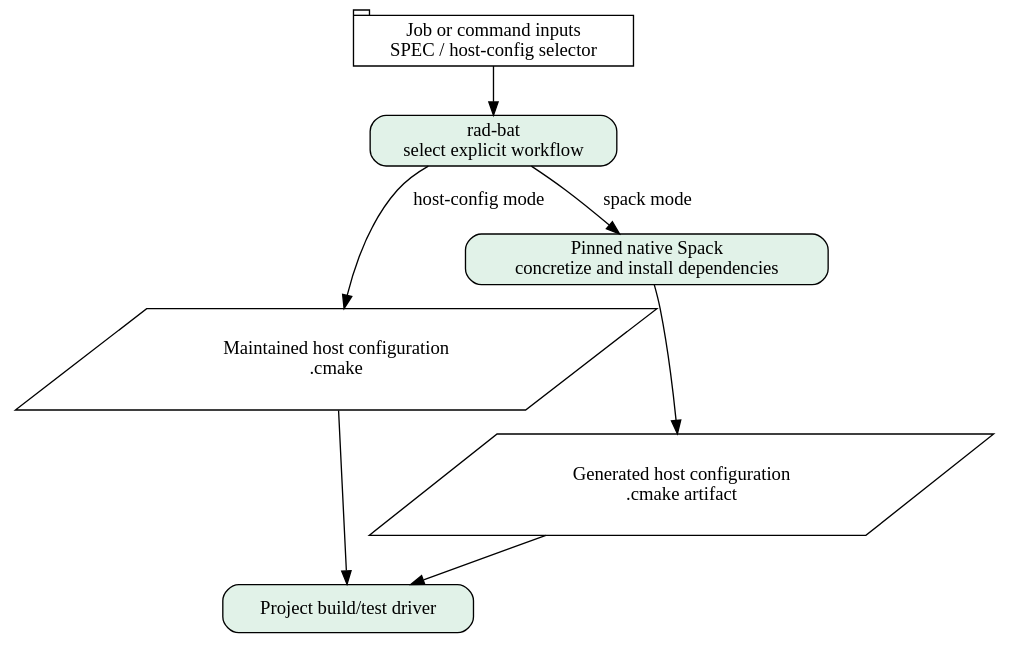
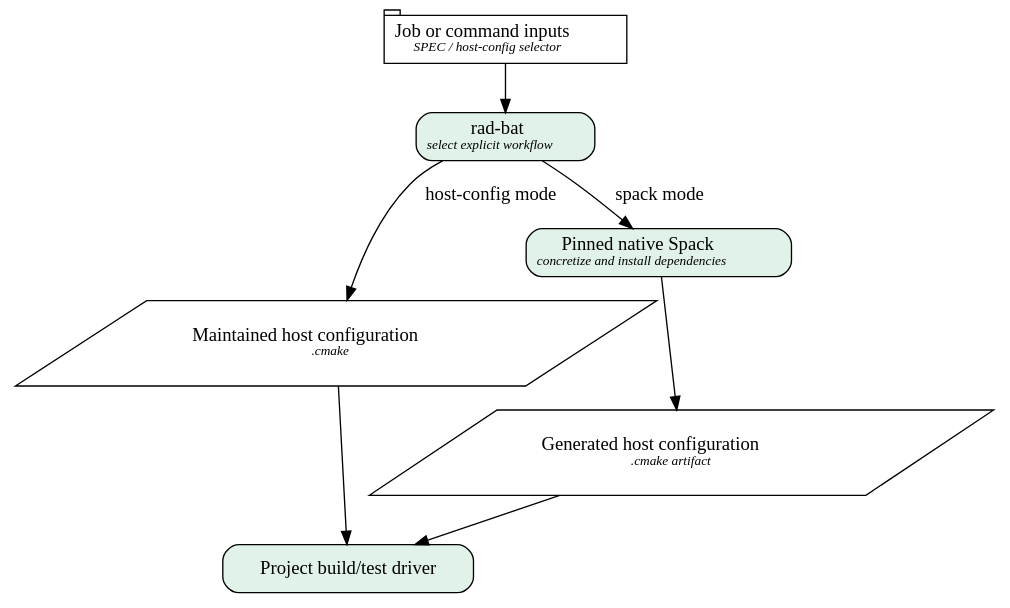
The diagram in docs/sphinx/figures/rad-bat-modes.dot (llnl/radiuss-spack-configs), drawn with Graphviz before and after one commit. The commit also changed 6 other files, not shown here.

Commit message:
docs: distinguish diagram descriptions

```diff
--- a/docs/sphinx/figures/rad-bat-modes.dot
+++ b/docs/sphinx/figures/rad-bat-modes.dot
@@ -1,16 +1,16 @@
 // SPDX-License-Identifier: MIT
 digraph rad_bat_modes {
   rankdir=TB;
-  inputs [label="Job or command inputs\nSPEC / host-config selector", shape=tab, fillcolor="#eee8f5"];
-  select [label="rad-bat\nselect explicit workflow", shape=box, style="rounded,filled", fillcolor="#e1f2e8"];
-  maintained [label="Maintained host configuration\n.cmake", shape=parallelogram, fillcolor="#dcf2f4"];
-  spack [label="Pinned native Spack\nconcretize and install dependencies", shape=box, style="rounded,filled", fillcolor="#e1f2e8"];
-  generated [label="Generated host configuration\n.cmake artifact", shape=parallelogram, fillcolor="#dcf2f4"];
+  inputs [label=<Job or command inputs<BR/><FONT POINT-SIZE="10"><I>SPEC / host-config selector</I></FONT>>, shape=tab, fillcolor="#eee8f5"];
+  select [label=<rad-bat<BR/><FONT POINT-SIZE="10"><I>select explicit workflow</I></FONT>>, shape=box, style="rounded,filled", fillcolor="#e1f2e8"];
+  maintained [label=<Maintained host configuration<BR/><FONT POINT-SIZE="10"><I>.cmake</I></FONT>>, shape=parallelogram, fillcolor="#dcf2f4"];
+  spack [label=<Pinned native Spack<BR/><FONT POINT-SIZE="10"><I>concretize and install dependencies</I></FONT>>, shape=box, style="rounded,filled", fillcolor="#e1f2e8"];
+  generated [label=<Generated host configuration<BR/><FONT POINT-SIZE="10"><I>.cmake artifact</I></FONT>>, shape=parallelogram, fillcolor="#dcf2f4"];
   driver [label="Project build/test driver", shape=box, style="rounded,filled", fillcolor="#e1f2e8"];
   inputs -> select;
   select -> maintained [label="host-config mode"];
   select -> spack [label="spack mode"];
   spack -> generated;
   maintained -> driver;
   generated -> driver;
 }
```
